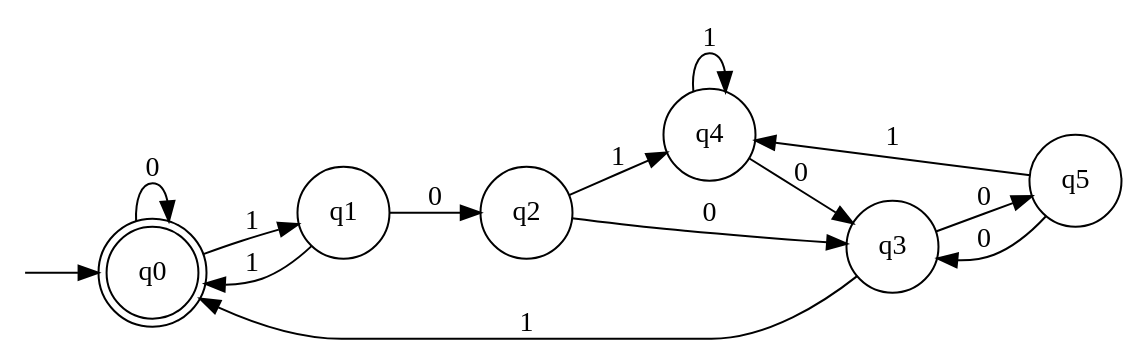
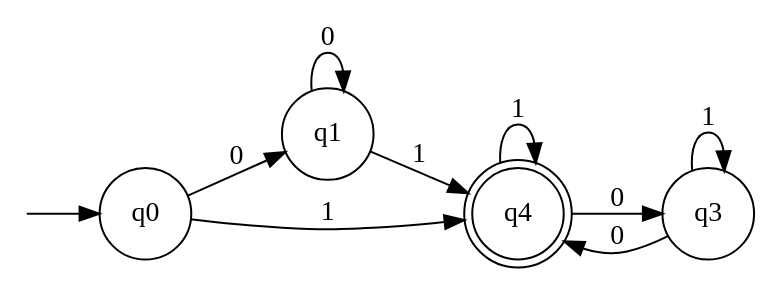
One commit to water-mizuu/finite_automata_conversion changed the diagram in dfa_m.dot. Above: the diagram before and after it, drawn with Graphviz. The commit also changed 8 other files, not shown here.

```diff
--- a/dfa_m.dot
+++ b/dfa_m.dot
@@ -1,23 +1,18 @@
 digraph G {
   rankdir=LR;
   n__ [label="" shape=none width=.0];
-  0 [shape=circle label="q1"]
-  1 [shape=doublecircle label="q0"]
-  2 [shape=circle label="q2"]
-  3 [shape=circle label="q4"]
-  4 [shape=circle label="q5"]
-  5 [shape=circle label="q3"]
-  n__ -> 1;
-  1 -> 1 [label="0"]
-  1 -> 0 [label="1"]
-  0 -> 2 [label="0"]
-  0 -> 1 [label="1"]
-  2 -> 5 [label="0"]
-  2 -> 3 [label="1"]
-  5 -> 4 [label="0"]
-  5 -> 1 [label="1"]
-  3 -> 5 [label="0"]
-  3 -> 3 [label="1"]
-  4 -> 5 [label="0"]
-  4 -> 3 [label="1"]
+  4 [shape=circle label="q0"]
+  3 [shape=circle label="q1"]
+  1 [shape=circle label="q2"]
+  2 [shape=circle label="q3"]
+  1 [shape=doublecircle label="q4"]
+  n__ -> 4;
+  4 -> 3 [label="0"]
+  4 -> 1 [label="1"]
+  3 -> 3 [label="0"]
+  3 -> 1 [label="1"]
+  1 -> 2 [label="0"]
+  1 -> 1 [label="1"]
+  2 -> 1 [label="0"]
+  2 -> 2 [label="1"]
 }
```
